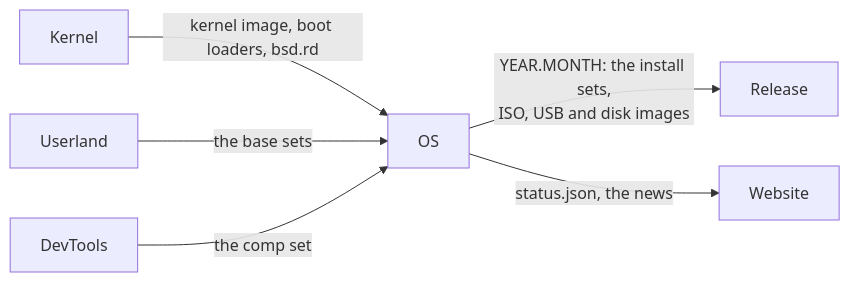
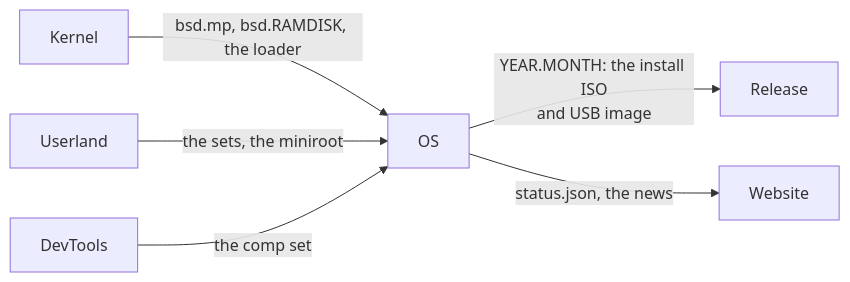
One commit to EmiBSD/OS changed the diagram in README.md. Above: the diagram before and after it, drawn with Mermaid. The commit also changed other lines of this file, not shown here.

First line of the commit message:
docs: README, run EmiBSD in QEMU from the release media

````diff
--- a/README.md
+++ b/README.md
@@ -35,8 +35,8 @@
 ```mermaid
 flowchart LR
-    k["Kernel"] -- "kernel image, boot loaders, bsd.rd" --> os["OS"]
-    ul["Userland"] -- "the base sets" --> os
+    k["Kernel"] -- "bsd.mp, bsd.RAMDISK, the loader" --> os["OS"]
+    ul["Userland"] -- "the sets, the miniroot" --> os
     dev["DevTools"] -- "the comp set" --> os
-    os -- "YEAR.MONTH: the install sets,<br/>ISO, USB and disk images" --> rel["Release"]
+    os -- "YEAR.MONTH: the install ISO<br/>and USB image" --> rel["Release"]
     os -- "status.json, the news" --> web["Website"]
 ```
````
